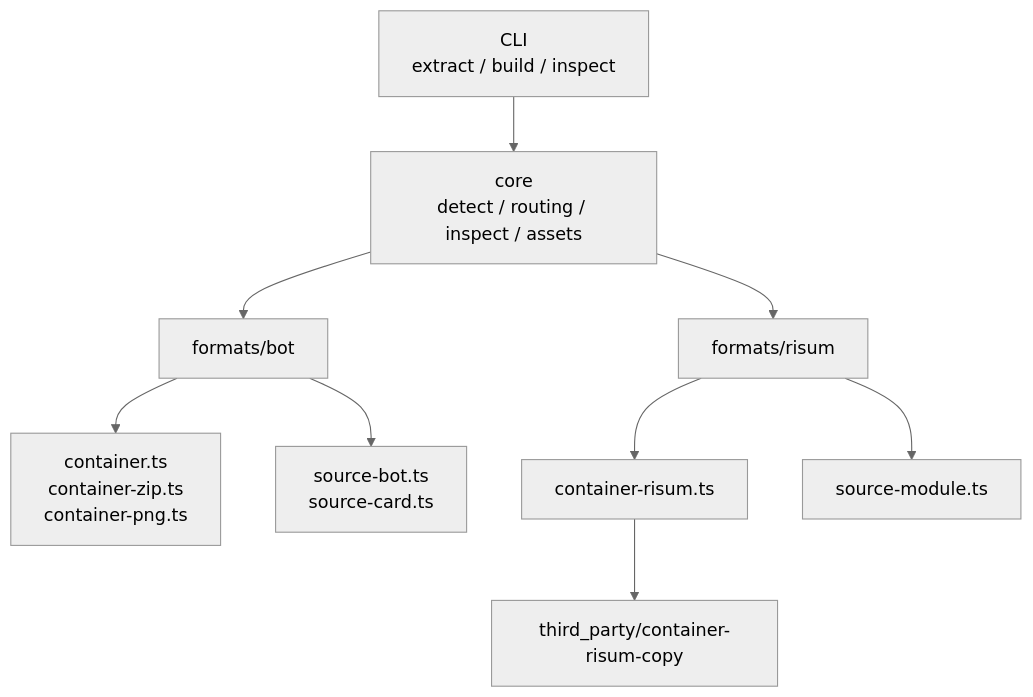
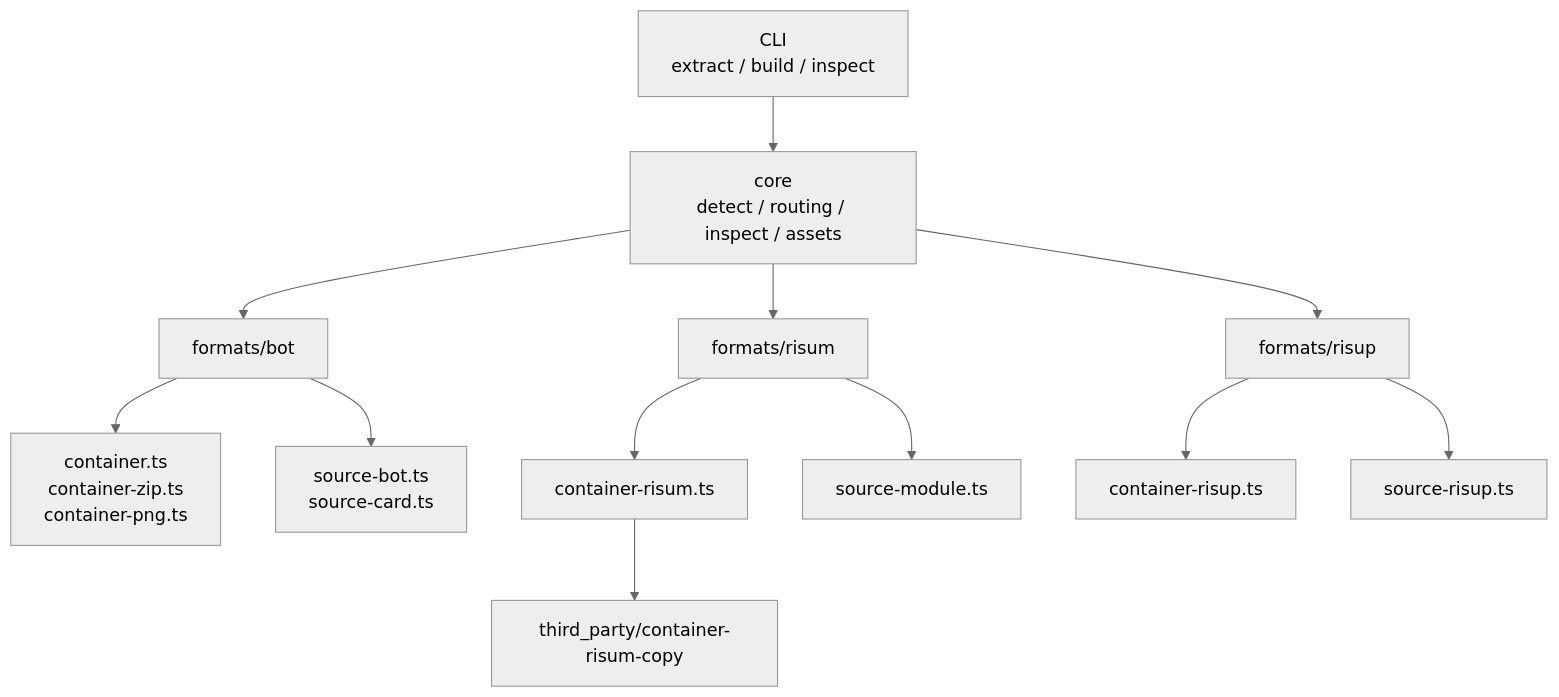
One commit to InoriNatsume/RisuPack changed the first of 6 diagrams in docs/project-structure.md. Above: the diagram before and after it, drawn with Mermaid (neutral theme). The commit also changed other lines of this file and 21 other files, not shown here.

````diff
--- a/docs/project-structure.md
+++ b/docs/project-structure.md
@@ -8,11 +7,14 @@
 ```mermaid
 flowchart TD
     A["CLI<br/>extract / build / inspect"] --> B["core<br/>detect / routing / inspect / assets"]
     B --> C["formats/bot"]
     B --> D["formats/risum"]
+    B --> J["formats/risup"]
     C --> E["container.ts<br/>container-zip.ts<br/>container-png.ts"]
     C --> F["source-bot.ts<br/>source-card.ts"]
     D --> G["container-risum.ts"]
     D --> H["source-module.ts"]
+    J --> K["container-risup.ts"]
+    J --> L["source-risup.ts"]
     G --> I["third_party/container-risum-copy"]
 ```
````
